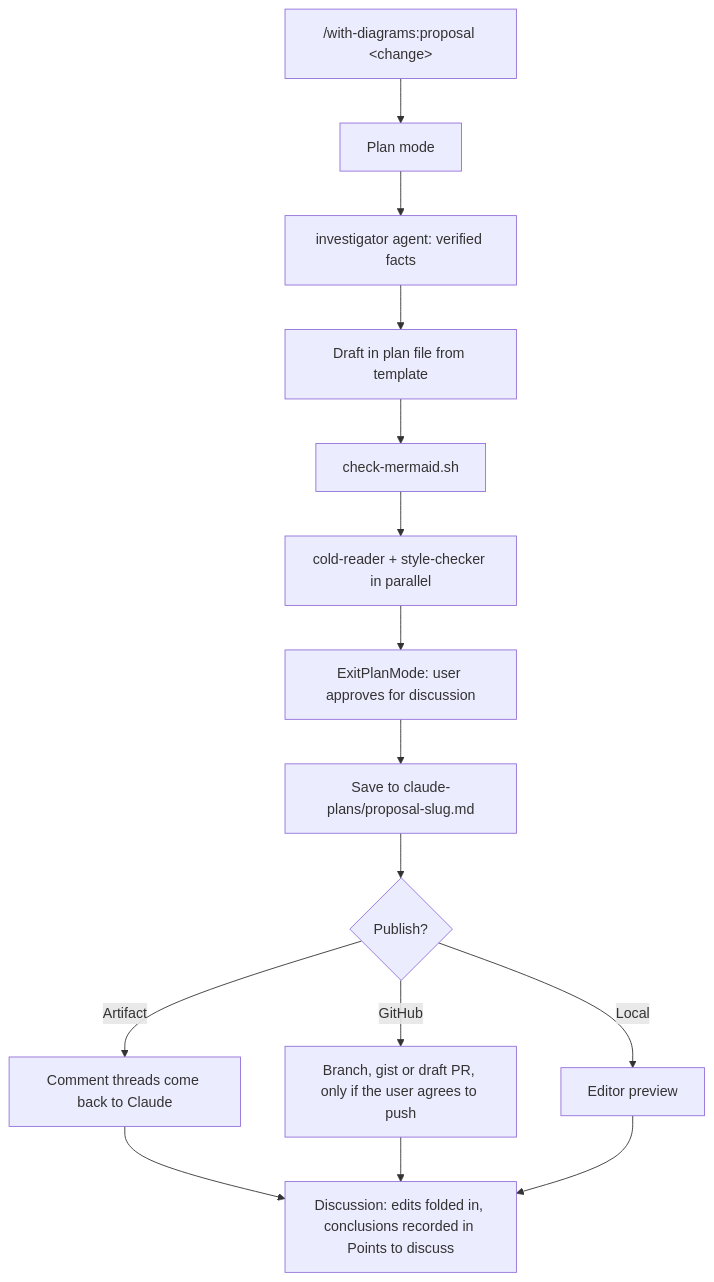
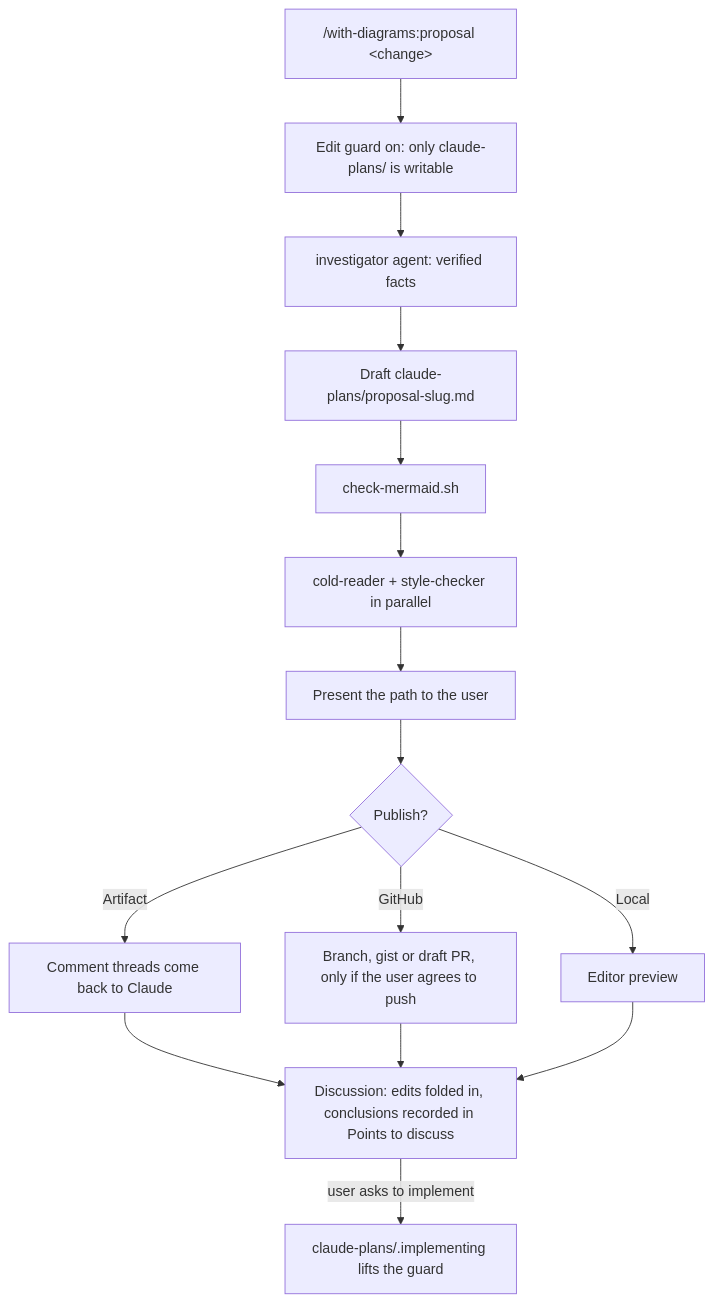
The diagram in README.md (sfmig/rse-plugins), drawn with Mermaid before and after one commit. The commit also changed other lines of this file, not shown here.

````diff
--- a/README.md
+++ b/README.md
@@ -41,15 +89,15 @@
 ```mermaid
 flowchart TD
-    A["/with-diagrams:proposal &lt;change&gt;"] --> B[Plan mode]
+    A["/with-diagrams:proposal &lt;change&gt;"] --> B[Edit guard on: only claude-plans/ is writable]
     B --> C[investigator agent: verified facts]
-    C --> D[Draft in plan file from template]
+    C --> D[Draft claude-plans/proposal-slug.md]
     D --> E[check-mermaid.sh]
     E --> F[cold-reader + style-checker in parallel]
-    F --> G[ExitPlanMode: user approves for discussion]
-    G --> H[Save to claude-plans/proposal-slug.md]
+    F --> H[Present the path to the user]
     H --> I{Publish?}
     I -->|Artifact| J[Comment threads come back to Claude]
     I -->|GitHub| K[Branch, gist or draft PR, only if the user agrees to push]
     I -->|Local| L[Editor preview]
     J & K & L --> M[Discussion: edits folded in, conclusions recorded in Points to discuss]
+    M -->|user asks to implement| N[claude-plans/.implementing lifts the guard]
 ```
````
